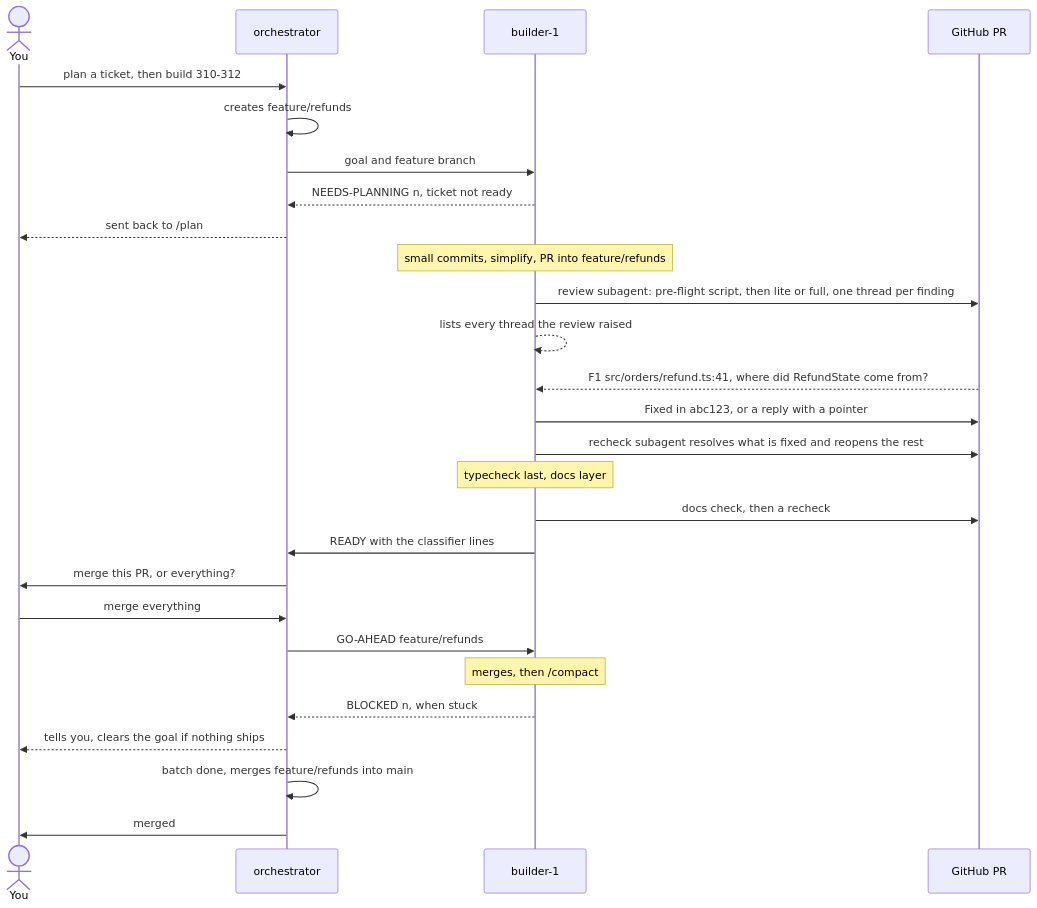
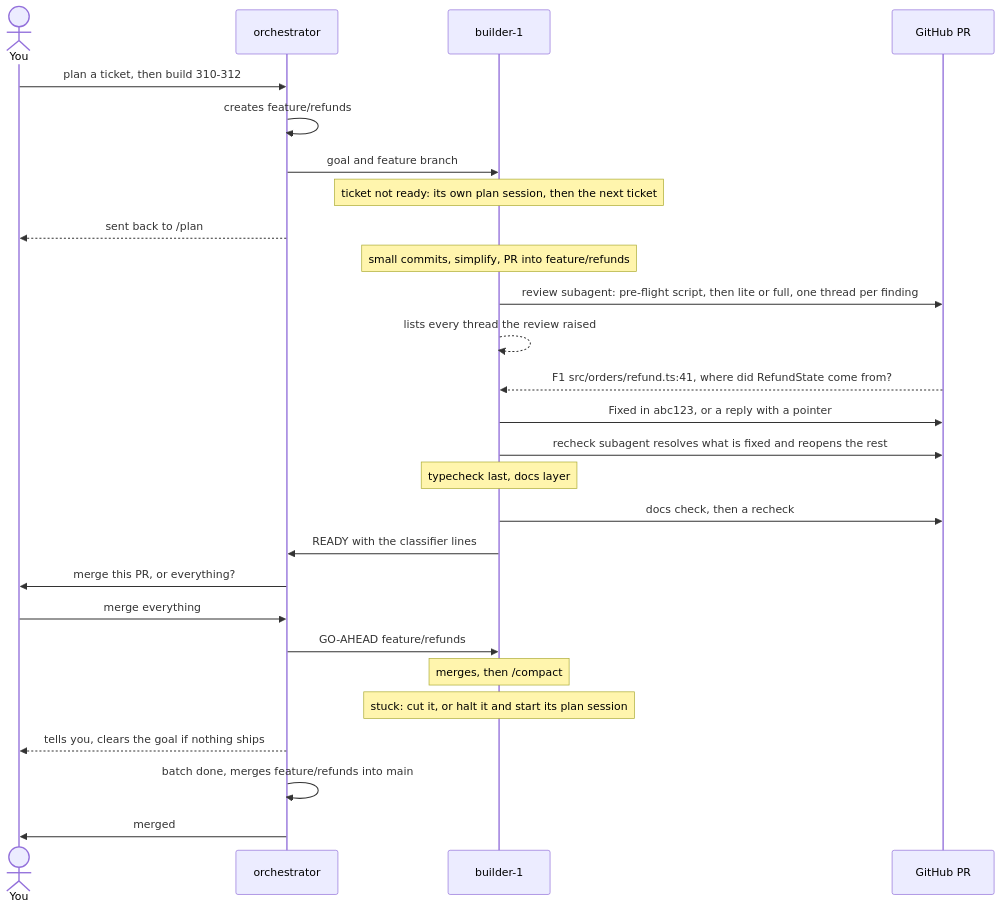
The diagram in README.md (outputty/claude-plugin), drawn with Mermaid before and after one commit. The commit also changed other lines of this file and 4 other files, not shown here.

First line of the commit message:
feat(build): a build starts a plan session for each bad piece, idea and distraction, and the orchestrator keeps the merge

````diff
--- a/README.md
+++ b/README.md
@@ -11,29 +11,29 @@
 ```mermaid
 sequenceDiagram
     actor U as You
     participant O as orchestrator
     participant B as builder-1
     participant G as GitHub PR
     U->>O: plan a ticket, then build 310-312
     O->>O: creates feature/refunds
     O->>B: goal and feature branch
-    B-->>O: NEEDS-PLANNING n, ticket not ready
+    Note over B: ticket not ready: its own plan session, then the next ticket
     O-->>U: sent back to /plan
     Note over B: small commits, simplify, PR into feature/refunds
     B->>G: review subagent: pre-flight script, then lite or full, one thread per finding
     B-->>B: lists every thread the review raised
     G-->>B: F1 src/orders/refund.ts:41, where did RefundState come from?
     B->>G: Fixed in abc123, or a reply with a pointer
     B->>G: recheck subagent resolves what is fixed and reopens the rest
     Note over B: typecheck last, docs layer
     B->>G: docs check, then a recheck
     B->>O: READY with the classifier lines
     O->>U: merge this PR, or everything?
     U->>O: merge everything
     O->>B: GO-AHEAD feature/refunds
     Note over B: merges, then /compact
-    B-->>O: BLOCKED n, when stuck
+    Note over B: stuck: cut it, or halt it and start its plan session
     O-->>U: tells you, clears the goal if nothing ships
     O->>O: batch done, merges feature/refunds into main
     O->>U: merged
 ```
````
